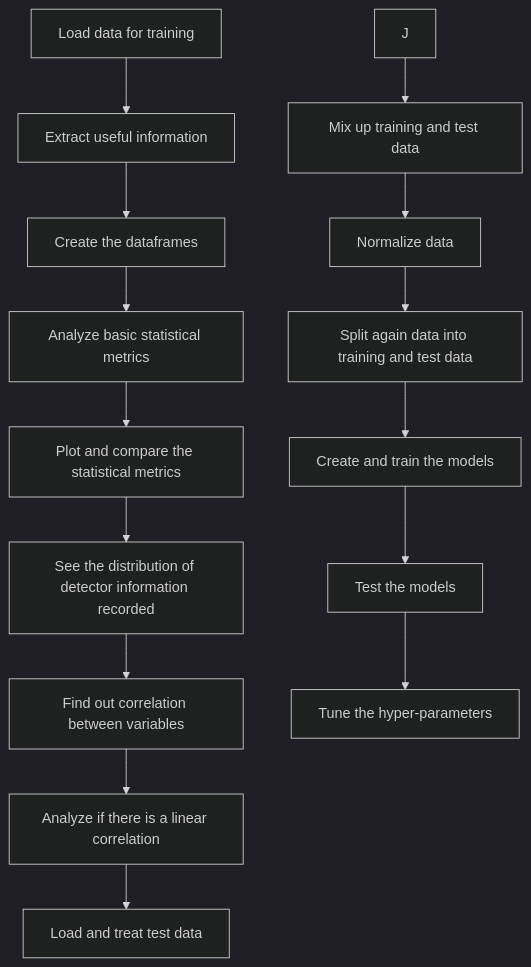
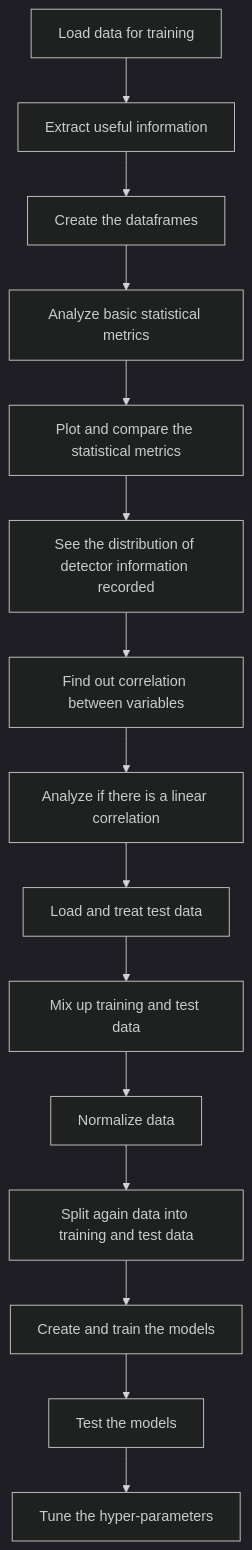
The diagram in README.md (sebassaras02/RPT-SAS-Particle-Path), drawn with Mermaid (dark theme) before and after one commit. The commit also changed other lines of this file, not shown here.

````diff
--- a/README.md
+++ b/README.md
@@ -30,18 +35,18 @@
 ```mermaid 
   graph TD
     A[Load data for training] --> B[Extract useful information]
     B --> C[Create the dataframes]
     C --> D[Analyze basic statistical metrics]
     D --> E[Plot and compare the statistical metrics]
     E --> F[See the distribution of detector information recorded]
     F --> G[Find out correlation between variables]
     G --> H[Analyze if there is a linear correlation]
     H --> I[Load and treat test data]
-    J --> K[Mix up training and test data]
-    K --> L[Normalize data]
-    L --> M[Split again data into training and test data]
-    M --> N[Create and train the models]
-    N --> O[Test the models]
-    O --> P[Tune the hyper-parameters]
+    I --> J[Mix up training and test data]
+    J --> K[Normalize data]
+    K --> L[Split again data into training and test data]
+    L --> M[Create and train the models]
+    M --> N[Test the models]
+    N --> O[Tune the hyper-parameters]
 
 ```
````
